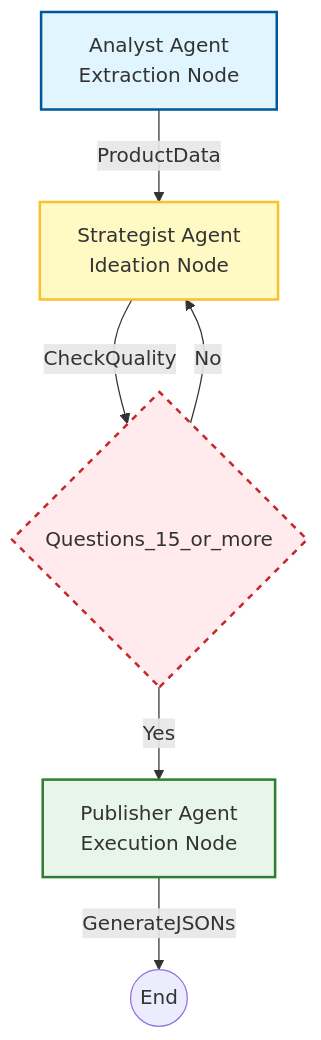
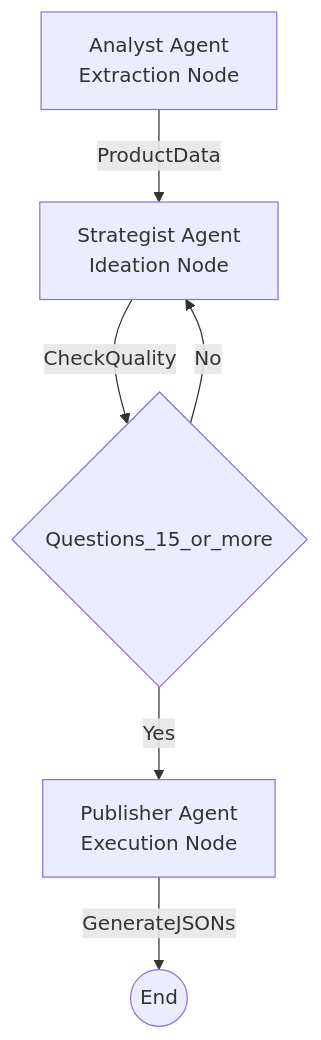
Before and after one commit to Chitragupta16/kasparro-agentic-Soumyashis-Sarkar: the diagram in docs/projetdocumentation.md, drawn with Mermaid.

````diff
--- a/docs/projetdocumentation.md
+++ b/docs/projetdocumentation.md
@@ -24,22 +24,18 @@
 ```mermaid
 graph TD
     Analyst["Analyst Agent<br/>Extraction Node"]
     Strategist["Strategist Agent<br/>Ideation Node"]
     Publisher["Publisher Agent<br/>Execution Node"]
     EndNode((End))
 
     Analyst -->|ProductData| Strategist
 
     Strategist -->|CheckQuality| Decision{Questions_15_or_more}
 
     Decision -- No --> Strategist
     Decision -- Yes --> Publisher
 
     Publisher -->|GenerateJSONs| EndNode
 
-    style Analyst fill:#e1f5fe,stroke:#01579b,stroke-width:2px
-    style Strategist fill:#fff9c4,stroke:#fbc02d,stroke-width:2px
-    style Publisher fill:#e8f5e9,stroke:#2e7d32,stroke-width:2px
-    style Decision fill:#ffebee,stroke:#c62828,stroke-width:2px,stroke-dasharray:5 5
 
 ```
````
